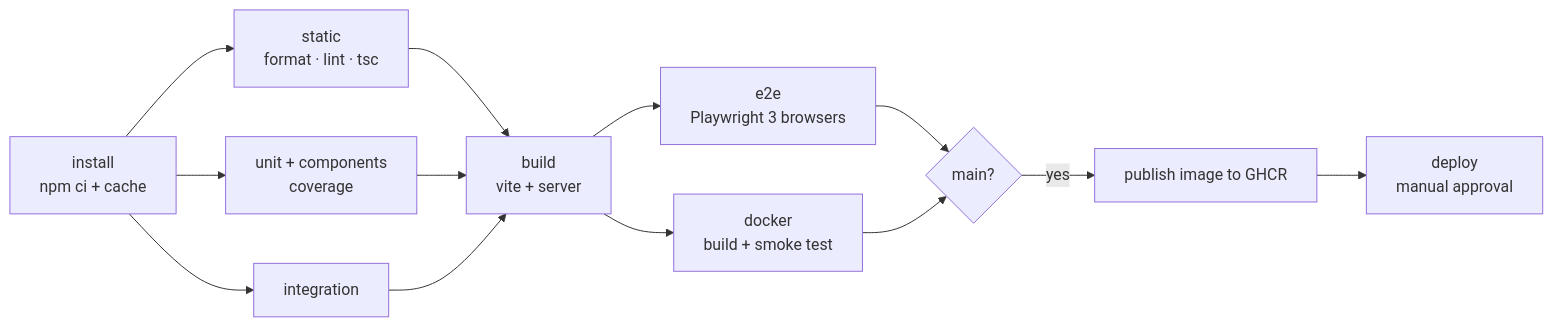
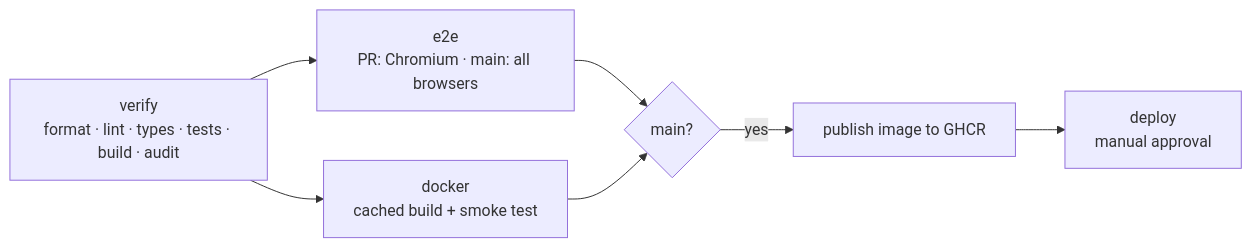
Before and after one commit to gluckspielsucht-selbsthilfegruppe/just-one-more: the second of 2 diagrams in docs/technical-plan.md, drawn with Mermaid. The commit also changed other lines of this file and 2 other files, not shown here.

Commit message:
Optimise CI: single Node version, one verify job, Chromium-only e2e on PRs, cached browsers and Docker layers, weekly full run

````diff
--- a/docs/technical-plan.md
+++ b/docs/technical-plan.md
@@ -278,12 +278,8 @@
 ```mermaid
 flowchart LR
-  A[install<br/>npm ci + cache] --> B[static<br/>format · lint · tsc]
-  A --> C[unit + components<br/>coverage]
-  A --> D[integration]
-  B & C & D --> E[build<br/>vite + server]
-  E --> F[e2e<br/>Playwright 3 browsers]
-  E --> G[docker<br/>build + smoke test]
+  A[verify<br/>format · lint · types · tests · build · audit] --> F[e2e<br/>PR: Chromium · main: all browsers]
+  A --> G[docker<br/>cached build + smoke test]
   F & G --> H{main?}
   H -- yes --> I[publish image to GHCR]
   I --> J[deploy<br/>manual approval]
 ```
````
